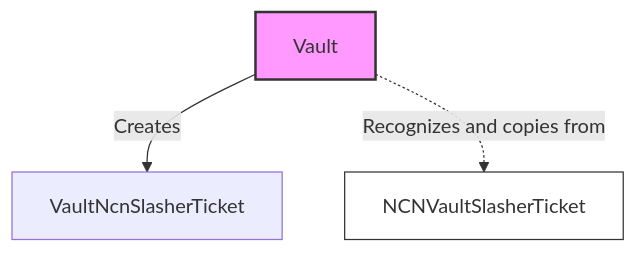
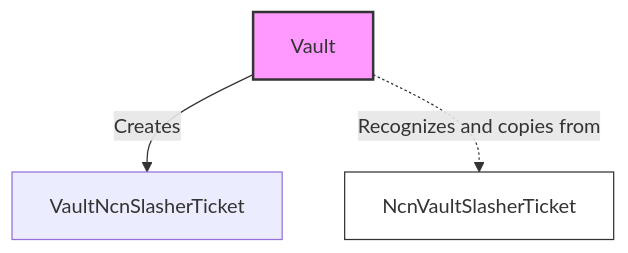
Before and after one commit to jito-foundation/restaking: the third of 4 diagrams in docs/concepts/vault_program.md, drawn with Mermaid. The commit also changed other lines of this file and 1 other file, not shown here.

````diff
--- a/docs/concepts/vault_program.md
+++ b/docs/concepts/vault_program.md
@@ -78,9 +78,9 @@
 ```mermaid
 graph TD
     classDef main fill: #f9f, stroke: #333, stroke-width: 2px;
     classDef ticket fill: #fff, stroke: #333, stroke-width: 1px;
     Vault[Vault]:::main
-    NcnVaultSlasherTicket[NCNVaultSlasherTicket]:::ticket
+    NcnVaultSlasherTicket[NcnVaultSlasherTicket]:::ticket
     Vault -->|Creates| VaultNcnSlasherTicket
     Vault -.->|Recognizes and copies from| NcnVaultSlasherTicket
 ```
````
